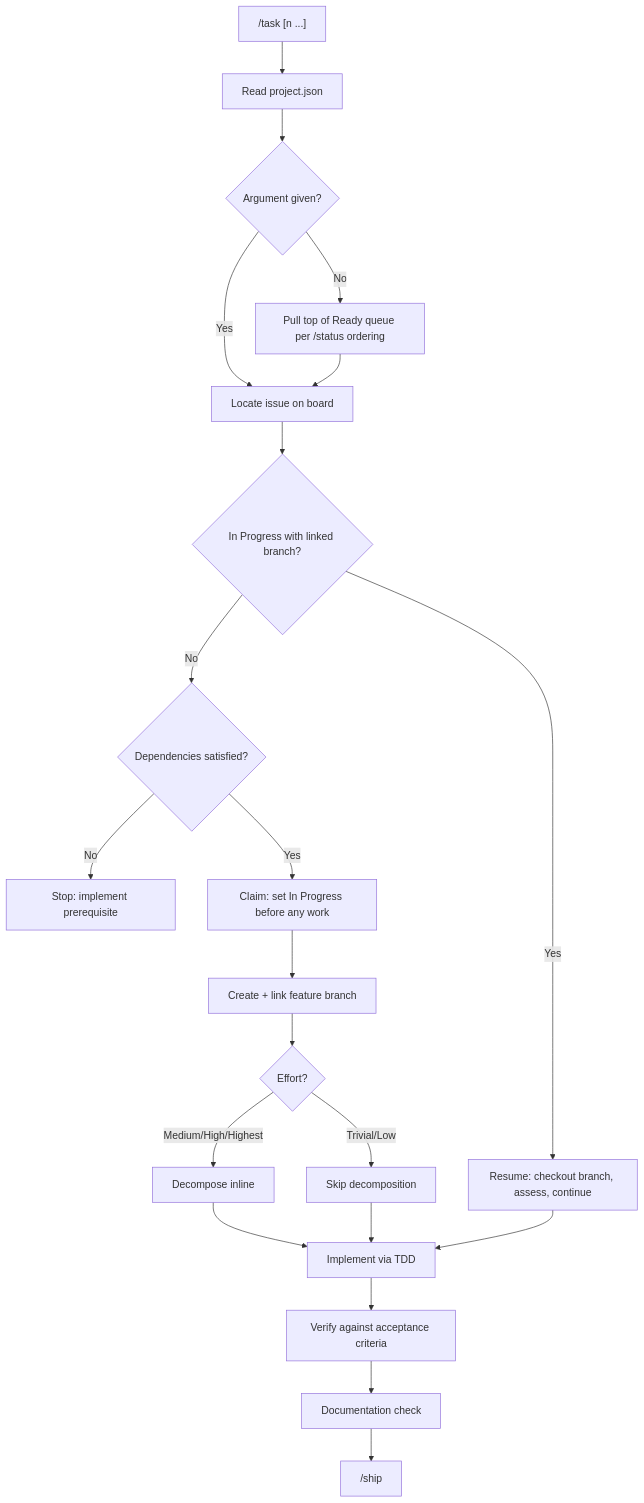
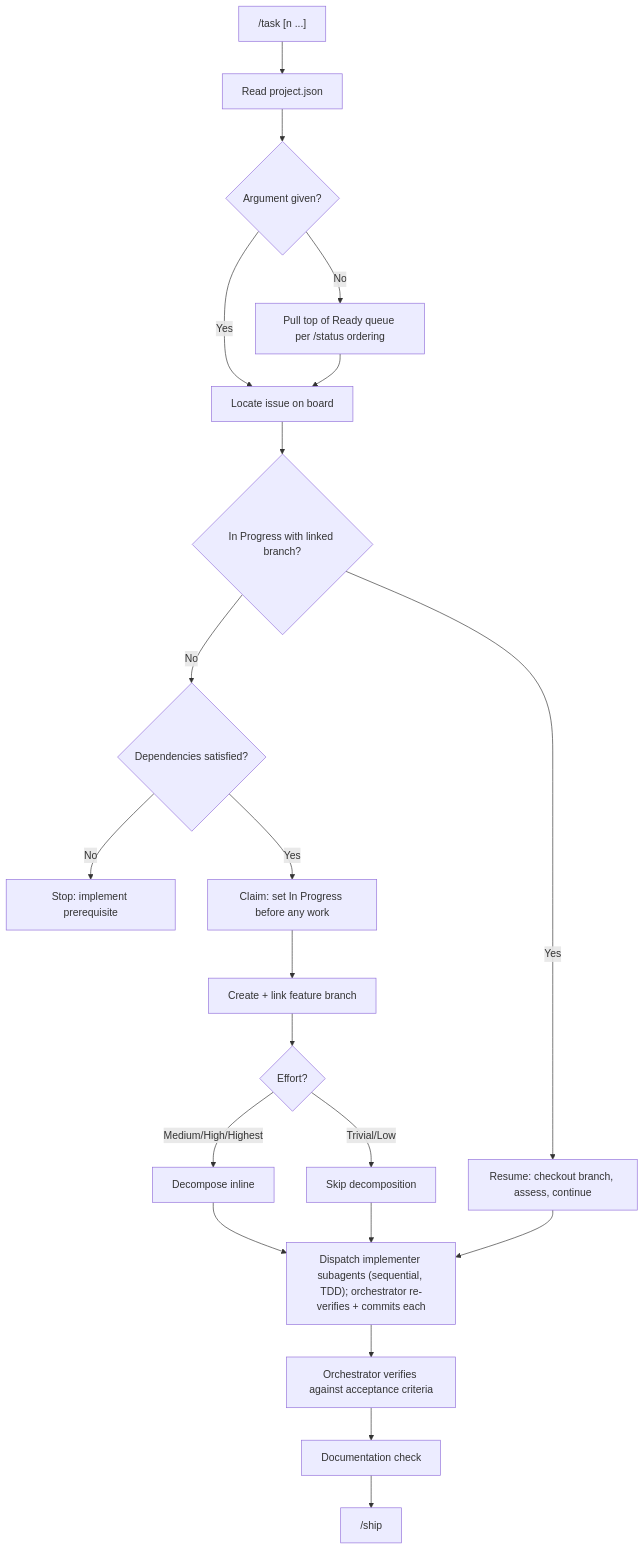
The third of 8 diagrams in README.md (trackness/claude-agents), drawn with Mermaid before and after one commit. The commit also changed other lines of this file, not shown here.

First line of the commit message:
docs: align README with dispatched-implementation and mandatory spec-review architecture

````diff
--- a/README.md
+++ b/README.md
@@ -179,23 +179,23 @@
 ```mermaid
 flowchart TD
     A["/task [n ...]"] --> B[Read project.json]
     B --> S{Argument given?}
     S -->|No| Q[Pull top of Ready queue per /status ordering]
     S -->|Yes| C[Locate issue on board]
     Q --> C
     C --> R{In Progress with linked branch?}
     R -->|Yes| RB[Resume: checkout branch, assess, continue]
     R -->|No| D{Dependencies satisfied?}
     D -->|No| E[Stop: implement prerequisite]
     D -->|Yes| CL[Claim: set In Progress before any work]
     CL --> F[Create + link feature branch]
     F --> G{Effort?}
     G -->|Medium/High/Highest| H[Decompose inline]
     G -->|Trivial/Low| I[Skip decomposition]
-    H --> J[Implement via TDD]
+    H --> J["Dispatch implementer subagents (sequential, TDD); orchestrator re-verifies + commits each"]
     I --> J
     RB --> J
-    J --> K[Verify against acceptance criteria]
+    J --> K[Orchestrator verifies against acceptance criteria]
     K --> L[Documentation check]
     L --> M["/ship"]
 ```
````
